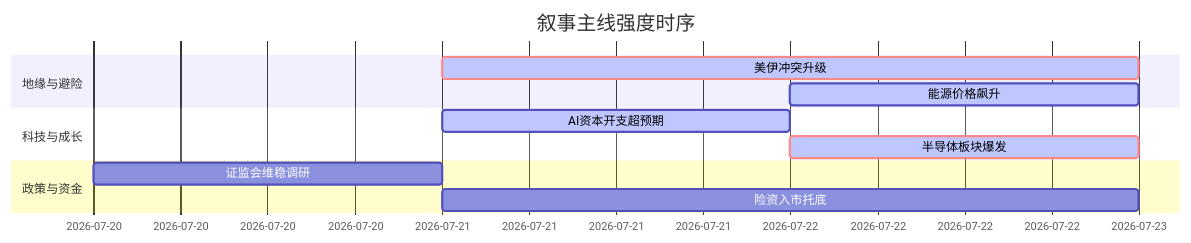
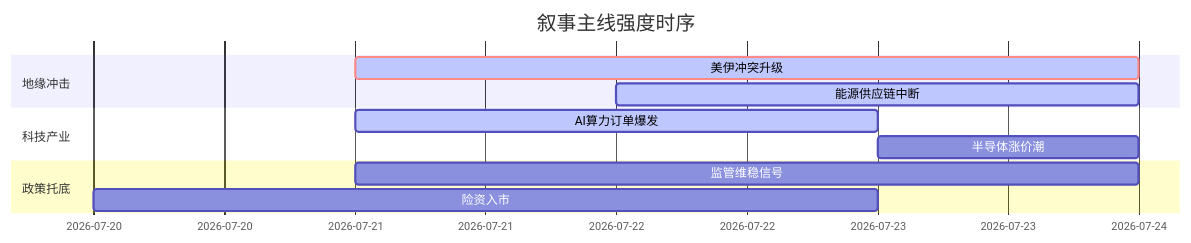
The diagram in 5day_report.md (uu5zn/uu5zn.github.io), drawn with Mermaid before and after one commit. The commit also changed other lines of this file and 24 other files, not shown here.

````diff
--- a/5day_report.md
+++ b/5day_report.md
@@ -54,16 +54,16 @@
 ```mermaid
 gantt
     title 叙事主线强度时序
-    dateFormat  YYYY-MM-DD
-    section 地缘与避险
-    美伊冲突升级   :crit, active, 2026-07-21, 2d
-    能源价格飙升   :active, 2026-07-22, 1d
+    dateFormat YYYY-MM-DD
+    section 地缘冲击
+    美伊冲突升级   :crit, active, 2026-07-21, 3d
+    能源供应链中断 :active, 2026-07-22, 2d
     
-    section 科技与成长
-    AI资本开支超预期 :active, 2026-07-21, 1d
-    半导体板块爆发   :crit, active, 2026-07-22, 1d
+    section 科技产业
+    AI算力订单爆发 :active, 2026-07-21, 2d
+    半导体涨价潮   :2026-07-23, 1d
     
-    section 政策与资金
-    证监会维稳调研   :2026-07-20, 1d
-    险资入市托底     :2026-07-21, 2d
+    section 政策托底
+    监管维稳信号   :2026-07-21, 3d
+    险资入市       :2026-07-20, 3d
 ```
````
